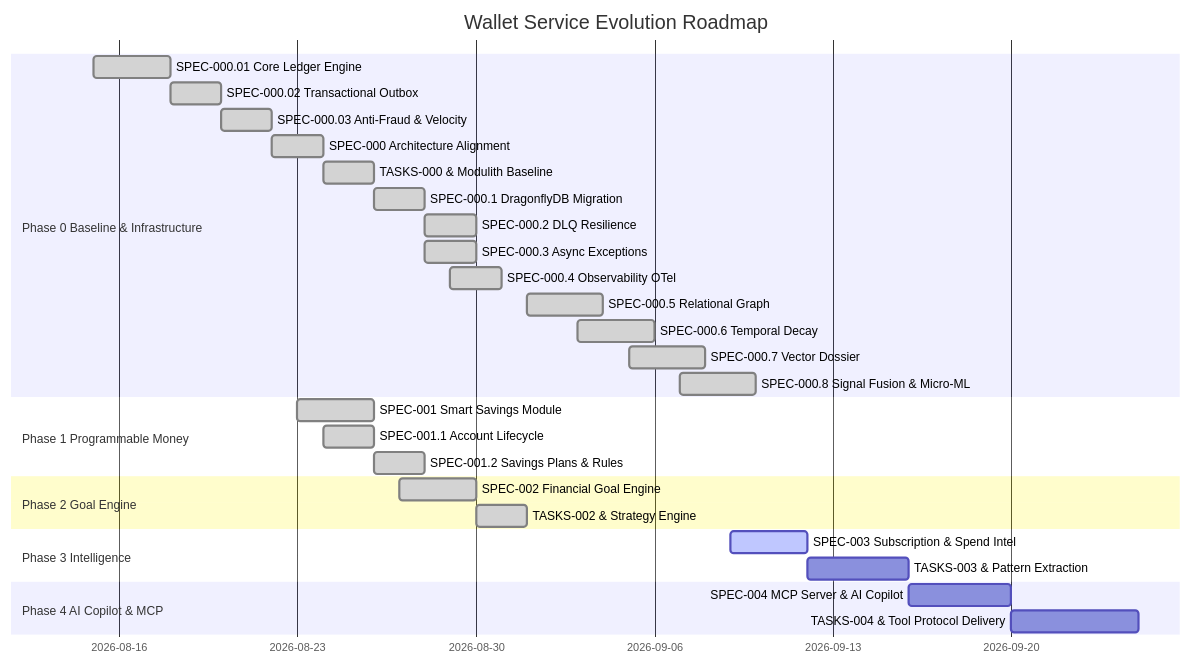
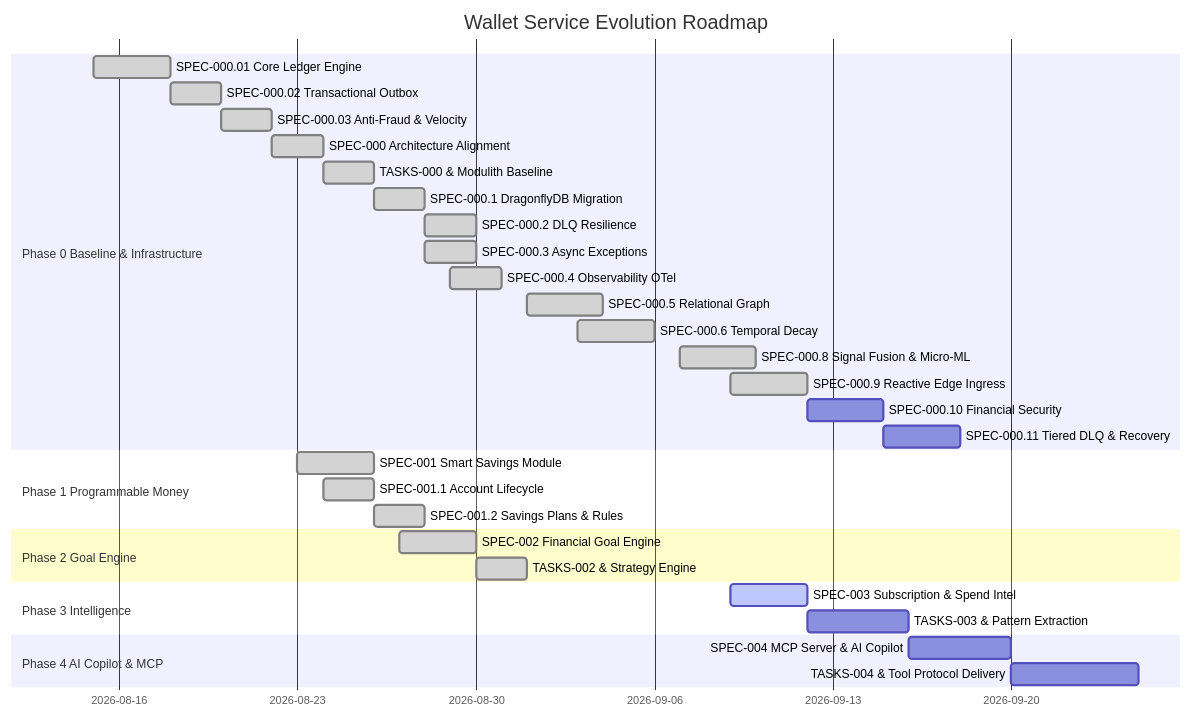
The diagram in .spec/ROADMAP.md (kyogoiano/wallet), drawn with Mermaid before and after one commit. The commit also changed other lines of this file and 105 other files, not shown here.

````diff
--- a/.spec/ROADMAP.md
+++ b/.spec/ROADMAP.md
@@ -111,32 +111,34 @@
 ```mermaid
 gantt
     title Wallet Service Evolution Roadmap
     dateFormat  YYYY-MM-DD
     section Phase 0 Baseline & Infrastructure
     SPEC-000.01 Core Ledger Engine      :done, p00_01, 2026-08-15, 3d
     SPEC-000.02 Transactional Outbox    :done, p00_02, 2026-08-18, 2d
     SPEC-000.03 Anti-Fraud & Velocity   :done, p00_03, 2026-08-20, 2d
     SPEC-000 Architecture Alignment     :done, p00_1, 2026-08-22, 2d
     TASKS-000 & Modulith Baseline       :done, p00_2, after p00_1, 2d
     SPEC-000.1 DragonflyDB Migration    :done, p00_3, 2026-08-26, 2d
     SPEC-000.2 DLQ Resilience           :done, p00_4, 2026-08-28, 2d
     SPEC-000.3 Async Exceptions         :done, p00_5, 2026-08-28, 2d
     SPEC-000.4 Observability OTel       :done, p00_6, 2026-08-29, 2d
     SPEC-000.5 Relational Graph         :done, p00_7, 2026-09-01, 3d
     SPEC-000.6 Temporal Decay           :done, p00_8, 2026-09-03, 3d
-    SPEC-000.7 Vector Dossier           :done, p00_9, 2026-09-05, 3d
     SPEC-000.8 Signal Fusion & Micro-ML :done, p00_10, 2026-09-07, 3d
+    SPEC-000.9 Reactive Edge Ingress    :done, p00_11, 2026-09-09, 3d
+    SPEC-000.10 Financial Security      :p00_12, after p00_11, 3d
+    SPEC-000.11 Tiered DLQ & Recovery   :p00_13, after p00_12, 3d
     section Phase 1 Programmable Money
     SPEC-001 Smart Savings Module       :done, p1_1, 2026-08-23, 3d
     SPEC-001.1 Account Lifecycle        :done, p1_2, 2026-08-24, 2d
     SPEC-001.2 Savings Plans & Rules    :done, p1_3, 2026-08-26, 2d
     section Phase 2 Goal Engine
     SPEC-002 Financial Goal Engine      :done, p2_1, 2026-08-27, 3d
     TASKS-002 & Strategy Engine         :done, p2_2, after p2_1, 2d
     section Phase 3 Intelligence
     SPEC-003 Subscription & Spend Intel :active, p3_1, 2026-09-09, 3d
     TASKS-003 & Pattern Extraction      :p3_2, after p3_1, 4d
     section Phase 4 AI Copilot & MCP
     SPEC-004 MCP Server & AI Copilot    :p4_1, after p3_2, 4d
     TASKS-004 & Tool Protocol Delivery  :p4_2, after p4_1, 5d
 ```
````
